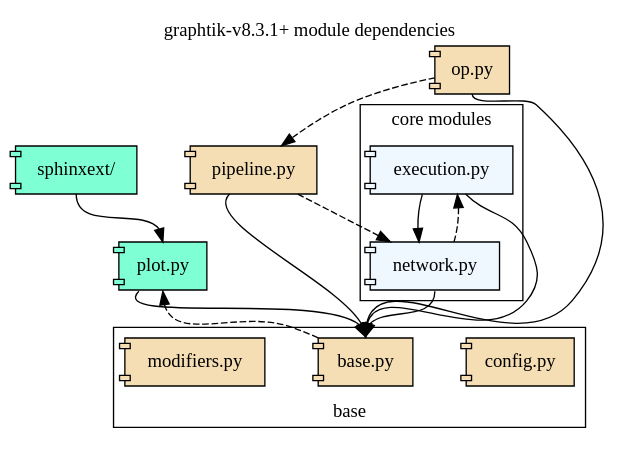
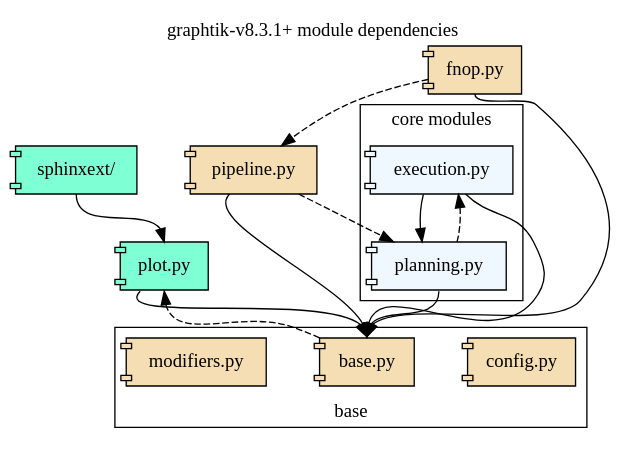
Before and after one commit to wgmo/graphtik: the diagram in docs/source/GraphtikModuleDependencies.dot, drawn with Graphviz.

Commit message:
fix(doc) update module names in API diagram

```diff
--- a/docs/source/GraphtikModuleDependencies.dot
+++ b/docs/source/GraphtikModuleDependencies.dot
@@ -1,74 +1,74 @@
 digraph {
     label="graphtik-v8.3.1+ module dependencies";
     labelloc=t;
     node [style=filled];
     nodesep=0.55;
     remincross=true;
     node [target="_top"];
     edge [target="_top"];
 
     "plot.py"        [shape=component
                 tooltip="(extra)"
                 fillcolor=Aquamarine
                 URL="../reference.html#module-graphtik.plot"];
     "sphinxext/"   [shape=component
                 tooltip="(extra)"
                  fillcolor=Aquamarine
                  URL="../reference.html#module-graphtik.sphinxext"];
 
     subgraph cluster_base {
         label="base";
         labelloc=b;
         tooltip="almost all other modules depend on these";
 
         "config.py"      [shape=component tooltip="(public) almost everything import this module"
                     fillcolor=wheat
                     URL="../reference.html#module-graphtik.config"];
         "base.py"   [shape=component
                     tooltip="(implicit) everything imports this module, not shown"
                     fillcolor=wheat
                     URL="../reference.html#module-graphtik.base"];
         "modifiers.py"   [shape=component
                     tooltip="(public) almost everything imports this module"
                     fillcolor=wheat
                     URL="../reference.html#module-graphtik.modifiers"];
     }
 
     "pipeline.py"    [shape=component
                 tooltip="(public)"
                 fillcolor=wheat
                  URL="../reference.html#module-graphtik.pipeline"];
-    "op.py"    [shape=component
+    "fnop.py"    [shape=component
                 tooltip="(public)"
                 fillcolor=wheat
-                 URL="../reference.html#module-graphtik.op"];
+                 URL="../reference.html#module-graphtik.fnop"];
 
-    subgraph cluster_network {
+    subgraph cluster_planning {
         label="core modules";
         tooltip="related to graph solution";
         URL="arch.html#term-execution";
 
         "execution.py"   [shape=component
                     tooltip="(private)"
                     fillcolor=AliceBlue
                     URL="../reference.html#module-graphtik.execution"];
-        "network.py"     [shape=component
+        "planning.py"     [shape=component
                     tooltip="(private)"
                     fillcolor=AliceBlue
-                    URL="../reference.html#module-graphtik.network"];
+                    URL="../reference.html#module-graphtik.planning"];
     }
 
-    {"op.py", "network.py"} -> "base.py" [tooltip="(import-time)"
+    {"fnop.py", "planning.py"} -> "base.py" [tooltip="(import-time)"
                                         headport=n tailport=s];
     "execution.py" -> "base.py" [tooltip="(import-time)"
                                         headport=n tailport=se];
     {"pipeline.py",  "plot.py"} -> "base.py" [tooltip="(import-time)"
                                         headport=n tailport=sw];
     "base.py" -> "plot.py"                      [tooltip="(run-time)" style=dashed  headport=s];
-    "execution.py" -> "network.py"    [tooltip="(import-time)"];
-    "network.py" -> "execution.py"    [tooltip="(run-time)"  style=dashed];
-    "pipeline.py" -> "network.py"     [tooltip="(run-time)" style=dashed];
-    "op.py" -> "pipeline.py"    [style=dashed
+    "execution.py" -> "planning.py"    [tooltip="(import-time)"];
+    "planning.py" -> "execution.py"    [tooltip="(run-time)"  style=dashed];
+    "pipeline.py" -> "planning.py"     [tooltip="(run-time)" style=dashed];
+    "fnop.py" -> "pipeline.py"    [style=dashed
                                  tooltip="(run-time) just for plotting"];
     "sphinxext/" -> "plot.py"                   [tooltip="(import-time)" headport=n  tailport=s];
 }
```
